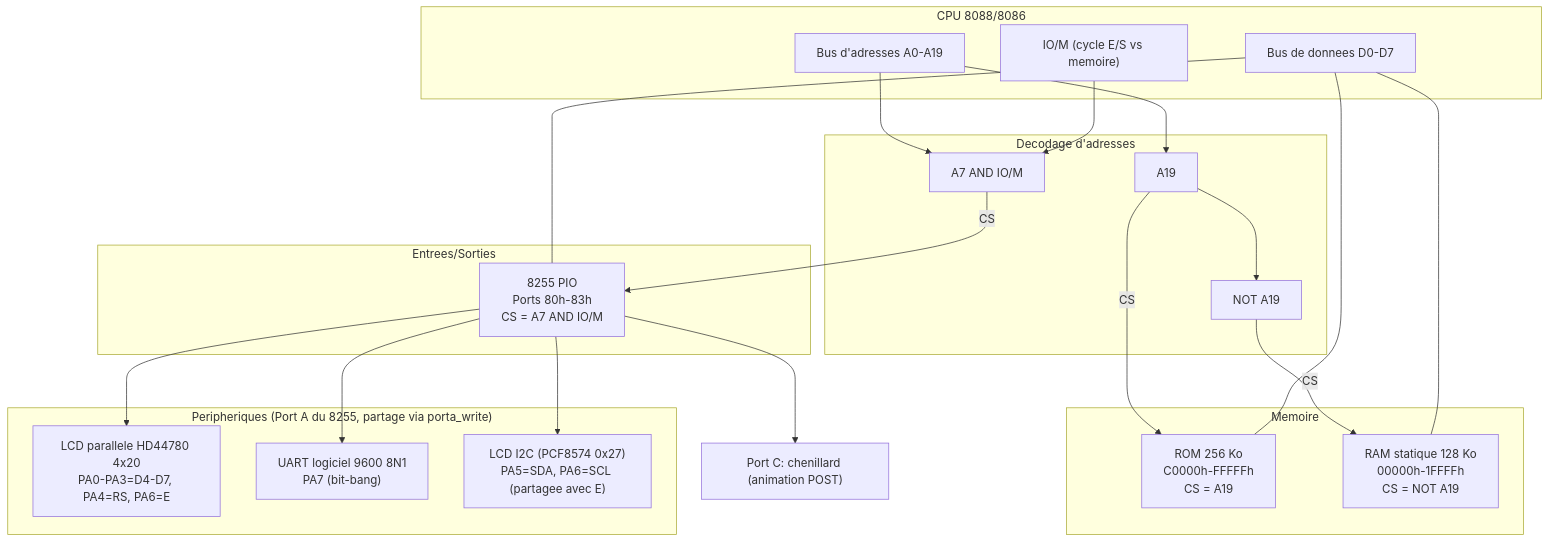
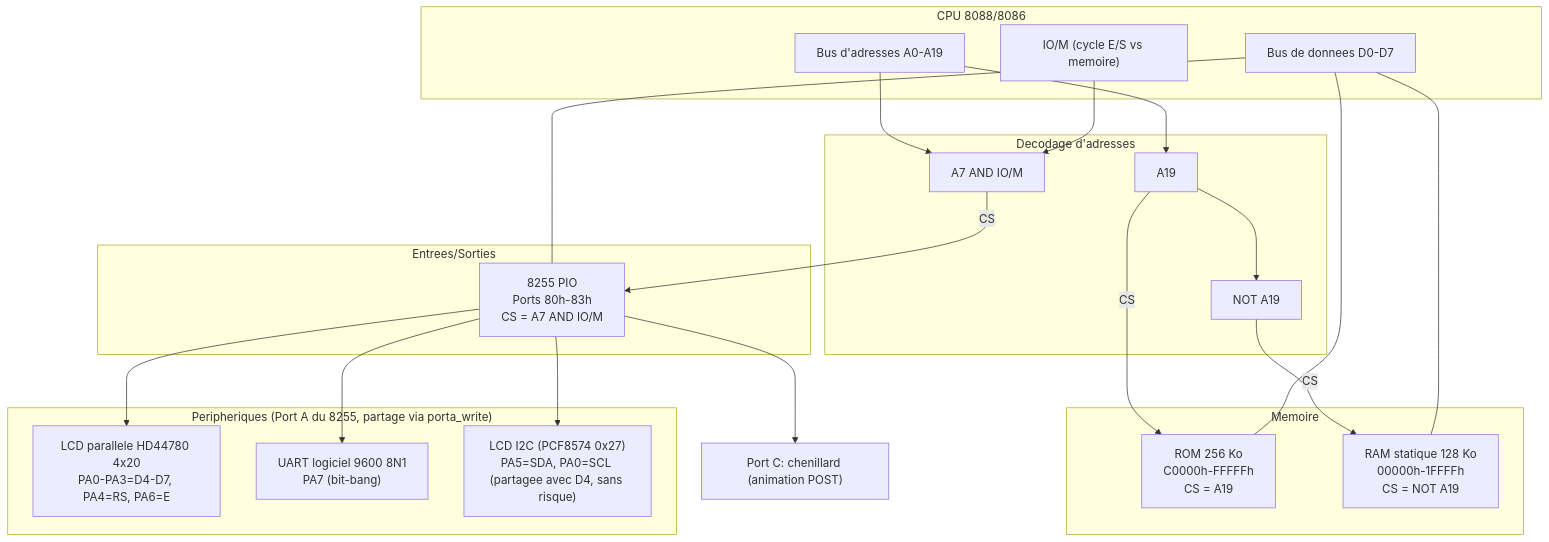
The diagram in breadboard/Solution-01/README.md (ve2cuy/i86), drawn with Mermaid before and after one commit. The commit also changed other lines of this file and 3 other files, not shown here.

First line of the commit message:
Deplace SCL du LCD I2C de PA6 vers PA0

````diff
--- a/breadboard/Solution-01/README.md
+++ b/breadboard/Solution-01/README.md
@@ -64,49 +66,49 @@
 ```mermaid
 flowchart TD
     subgraph CPU["CPU 8088/8086"]
         AB["Bus d'adresses A0-A19"]
         DB["Bus de donnees D0-D7"]
         IOM["IO/M (cycle E/S vs memoire)"]
     end
 
     subgraph DEC["Decodage d'adresses"]
         A19G["A19"]
         NOTA19["NOT A19"]
         A7IO["A7 AND IO/M"]
     end
 
     subgraph MEM["Memoire"]
         ROM["ROM 256 Ko\nC0000h-FFFFFh\nCS = A19"]
         RAM["RAM statique 128 Ko\n00000h-1FFFFh\nCS = NOT A19"]
     end
 
     subgraph IOBLK["Entrees/Sorties"]
         PIO["8255 PIO\nPorts 80h-83h\nCS = A7 AND IO/M"]
     end
 
     subgraph PERIPH["Peripheriques (Port A du 8255, partage via porta_write)"]
         LCD["LCD parallele HD44780 4x20\nPA0-PA3=D4-D7, PA4=RS, PA6=E"]
         UART["UART logiciel 9600 8N1\nPA7 (bit-bang)"]
-        I2CLCD["LCD I2C (PCF8574 0x27)\nPA5=SDA, PA6=SCL (partagee avec E)"]
+        I2CLCD["LCD I2C (PCF8574 0x27)\nPA5=SDA, PA0=SCL (partagee avec D4, sans risque)"]
     end
 
     LED["Port C: chenillard (animation POST)"]
 
     AB --> A19G
     A19G --> NOTA19
     AB --> A7IO
     IOM --> A7IO
 
     A19G -->|CS| ROM
     NOTA19 -->|CS| RAM
     A7IO -->|CS| PIO
 
     DB --- ROM
     DB --- RAM
     DB --- PIO
 
     PIO --> LCD
     PIO --> UART
     PIO --> I2CLCD
     PIO --> LED
 ```
````
